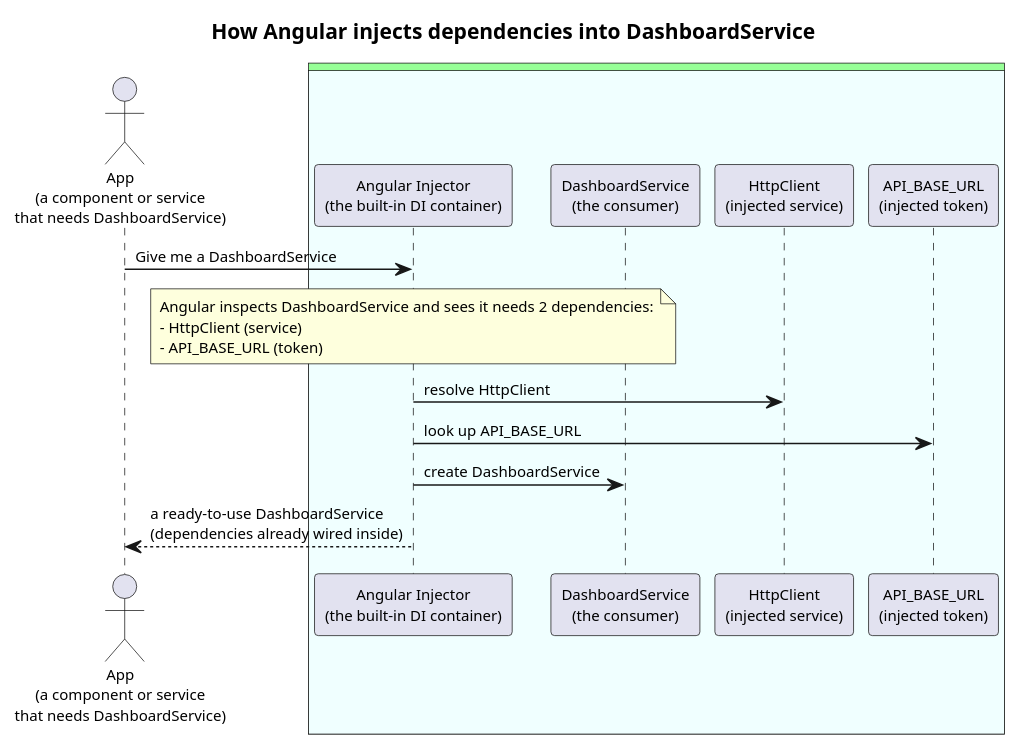
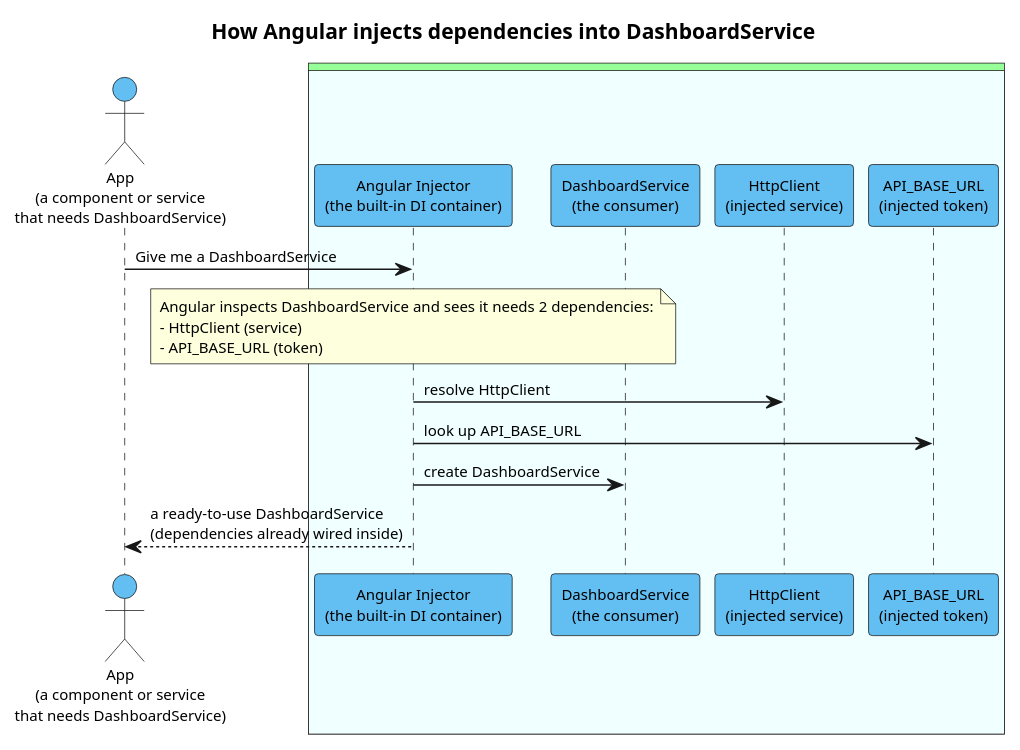
One commit to QuinntyneBrown/Cast changed the second of 2 diagrams in README.md. Above: the diagram before and after it, drawn with PlantUML. The commit also changed other lines of this file and 65 other files, not shown here.

First line of the commit message:
Add template command (CRUD + render) and open written diagrams in Notepad

````diff
--- a/README.md
+++ b/README.md
@@ -189,29 +195,29 @@
 ```plantuml
 @startuml
 ' Generated by cast ng
 !pragma teoz true
 skinparam defaultFontSize 10
 title How Angular injects dependencies into DashboardService
 
-actor "App\n(a component or service\nthat needs DashboardService)" as App
+actor "App\n(a component or service\nthat needs DashboardService)" as App #63BEF2
 box #PHYSICAL
   box #AZURE
-    participant "Angular Injector\n(the built-in DI container)" as DI
-    participant "DashboardService\n(the consumer)" as Consumer
-    participant "HttpClient\n(injected service)" as D1
-    participant "API_BASE_URL\n(injected token)" as D2
+    participant "Angular Injector\n(the built-in DI container)" as DI #63BEF2
+    participant "DashboardService\n(the consumer)" as Consumer #63BEF2
+    participant "HttpClient\n(injected service)" as D1 #63BEF2
+    participant "API_BASE_URL\n(injected token)" as D2 #63BEF2
   end box
 end box
 
 App -> DI : Give me a DashboardService
 note over DI
   Angular inspects DashboardService and sees it needs 2 dependencies:
   - HttpClient (service)
   - API_BASE_URL (token)
 end note
 DI -> D1 : resolve HttpClient
 DI -> D2 : look up API_BASE_URL
 DI -> Consumer : create DashboardService
 DI --> App : a ready-to-use DashboardService\n(dependencies already wired inside)
 @enduml
 ```
````
